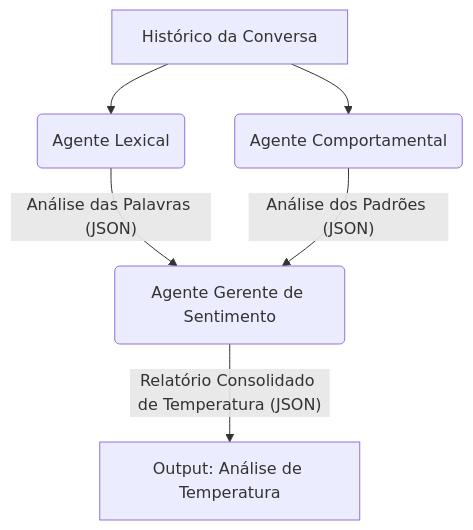
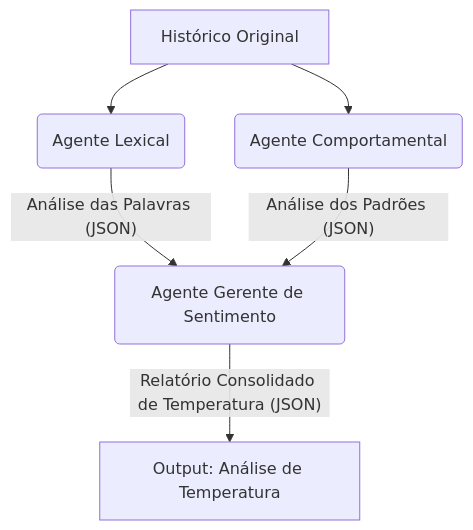
One commit to MrSchrodingers/vigia changed the fourth of 5 diagrams in README.md. Above: the diagram before and after it, drawn with Mermaid. The commit also changed other lines of this file and 4 other files, not shown here.

````diff
--- a/README.md
+++ b/README.md
@@ -95,8 +116,8 @@
-```mermaid
-graph TD
-    A[Histórico da Conversa] --> B(Agente Lexical);
-    A --> C(Agente Comportamental);
-    B -- Análise das Palavras (JSON) --> D(Agente Gerente de Sentimento);
-    C -- Análise dos Padrões (JSON) --> D;
-    D -- Relatório Consolidado de Temperatura (JSON) --> F[Output: Análise de Temperatura];
-```
+    ```mermaid
+    graph TD
+        A[Histórico Original] --> B(Agente Lexical);
+        A --> C(Agente Comportamental);
+        B -- Análise das Palavras (JSON) --> D(Agente Gerente de Sentimento);
+        C -- Análise dos Padrões (JSON) --> D;
+        D -- Relatório Consolidado de Temperatura (JSON) --> F[Output: Análise de Temperatura];
+    ```
````
